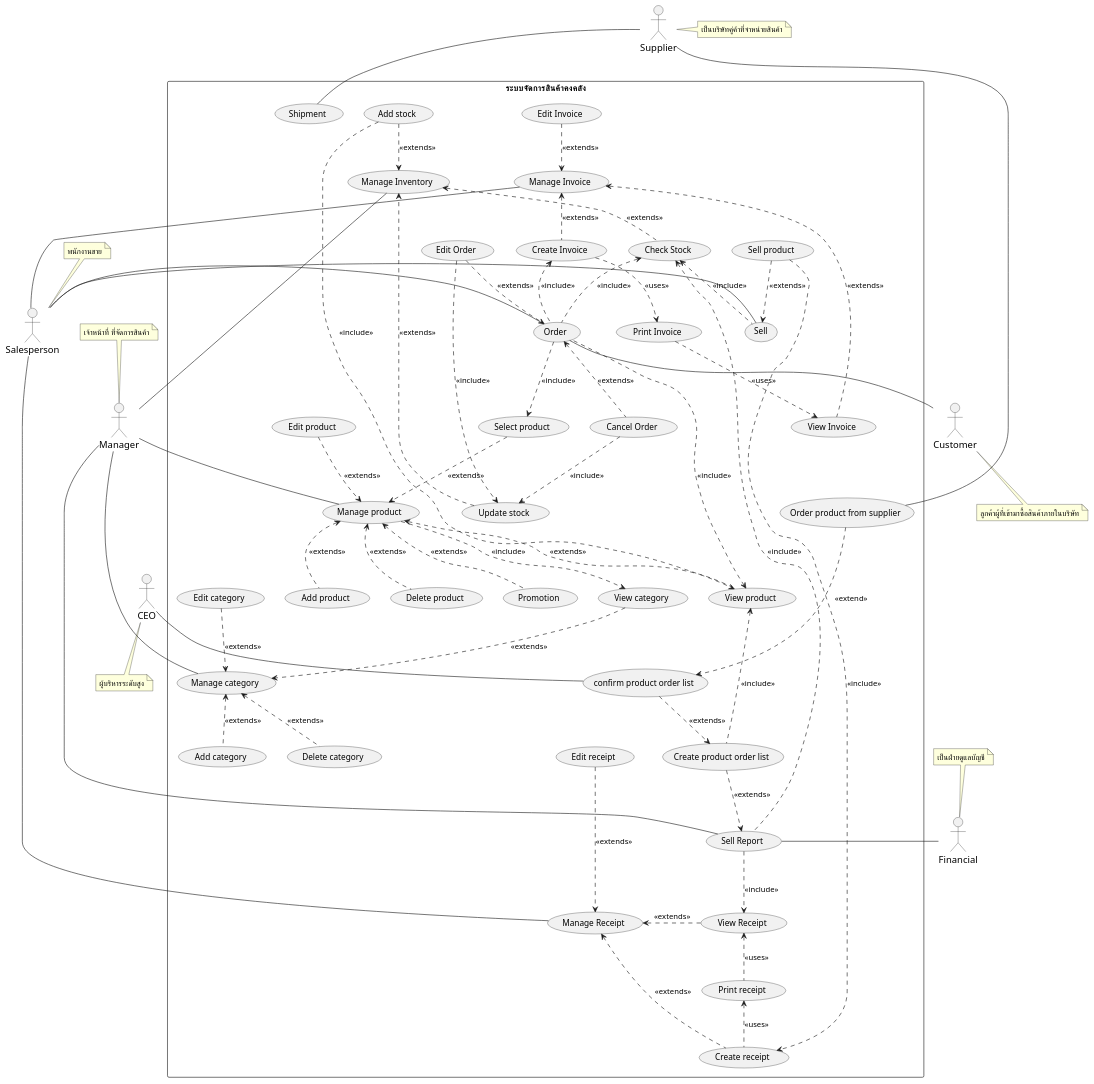
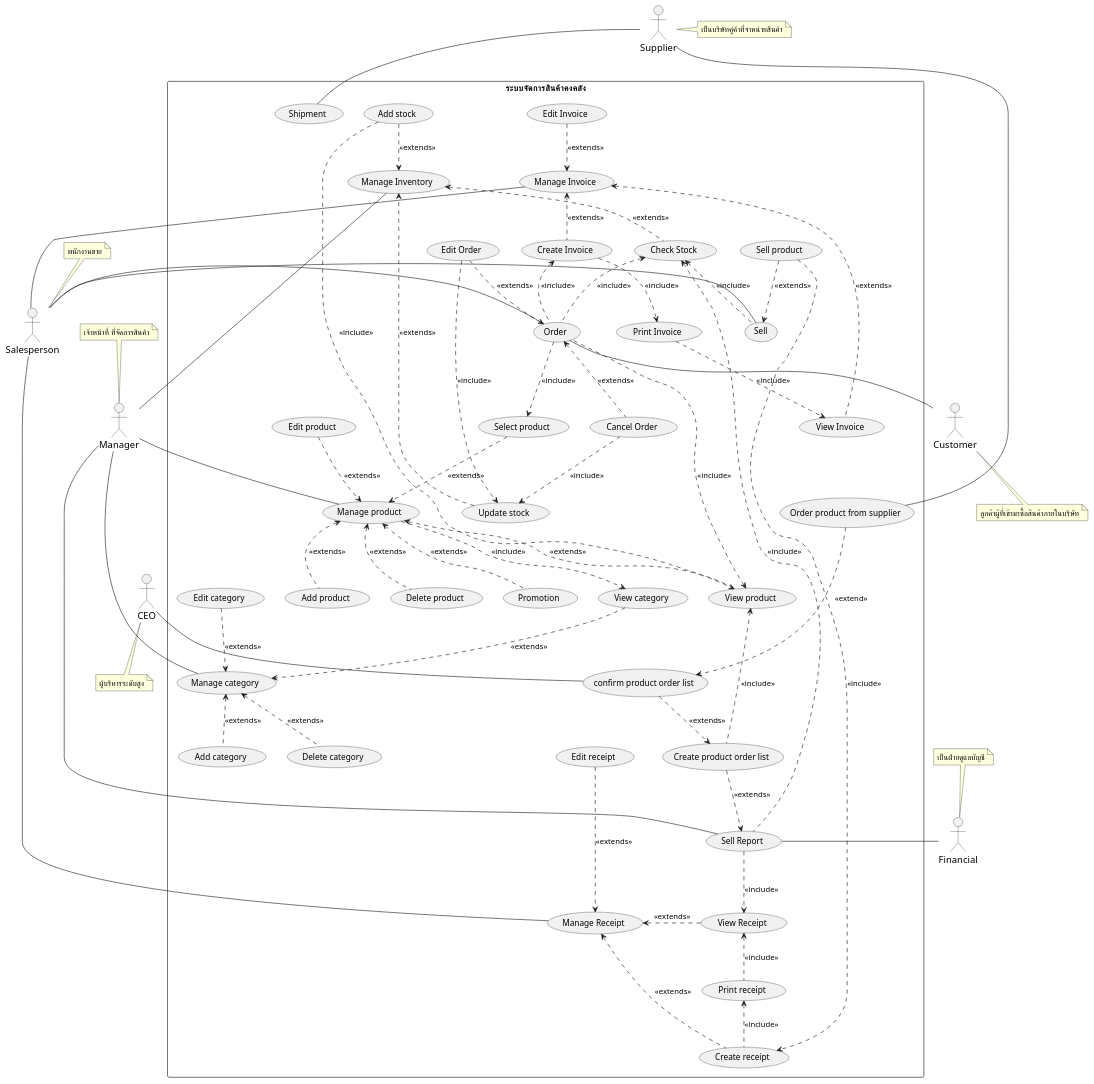
One commit to billowdev/inventory-system-plantuml-sequelize-seeder-example changed the diagram in system-analysis/usecase/_0_usecase-diagram.puml. Above: the diagram before and after it, drawn with PlantUML. The commit also changed 6 other files, not shown here.

Commit message:
extract usecase invoice

```diff
--- a/system-analysis/usecase/_0_usecase-diagram.puml
+++ b/system-analysis/usecase/_0_usecase-diagram.puml
@@ -184,8 +184,8 @@
     (usecaseInvoice)  <..   (usecaseCreateInvoice): <<extends>>
     (usecaseEditInvoice) ..> (usecaseInvoice) : <<extends>>
 
-    (usecaseCreateInvoice) ..> (usecasePrintInvoice) : <<uses>>
-    (usecasePrintInvoice) ..> (usecaseViewInvoice) : <<uses>>
+    (usecaseCreateInvoice) ..> (usecasePrintInvoice) : <<include>>
+    (usecasePrintInvoice) ..> (usecaseViewInvoice) : <<include>>
 
      (usecaseInvoice) -- actorSalesperson
 
@@ -193,8 +193,8 @@
     (usecaseCreateReceipt) .up.> (usecaseReceipt) : <<extends>>
     (usecaseViewReceipt) .> (usecaseReceipt) : <<extends>>
     (usecaseEditReceipt) ...> (usecaseReceipt) : <<extends>>
-    (usecaseCreateReceipt) .up.> (usecasePrintReceipt) : <<uses>>
-    (usecaseViewReceipt)  <..   (usecasePrintReceipt): <<uses>>
+    (usecaseCreateReceipt) .up.> (usecasePrintReceipt) : <<include>>
+    (usecaseViewReceipt)  <..   (usecasePrintReceipt): <<include>>
 
     (usecaseReceipt) -- actorSalesperson
 
```
